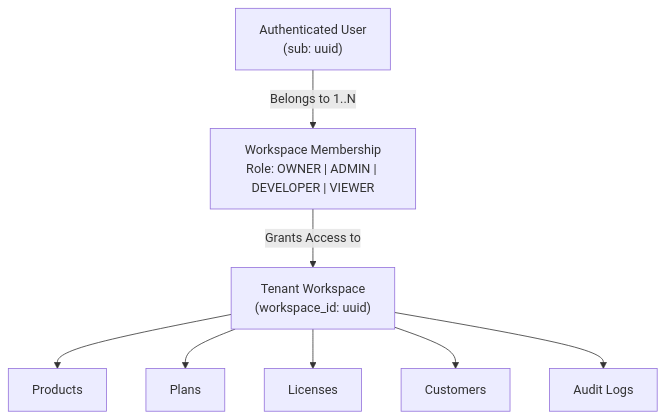
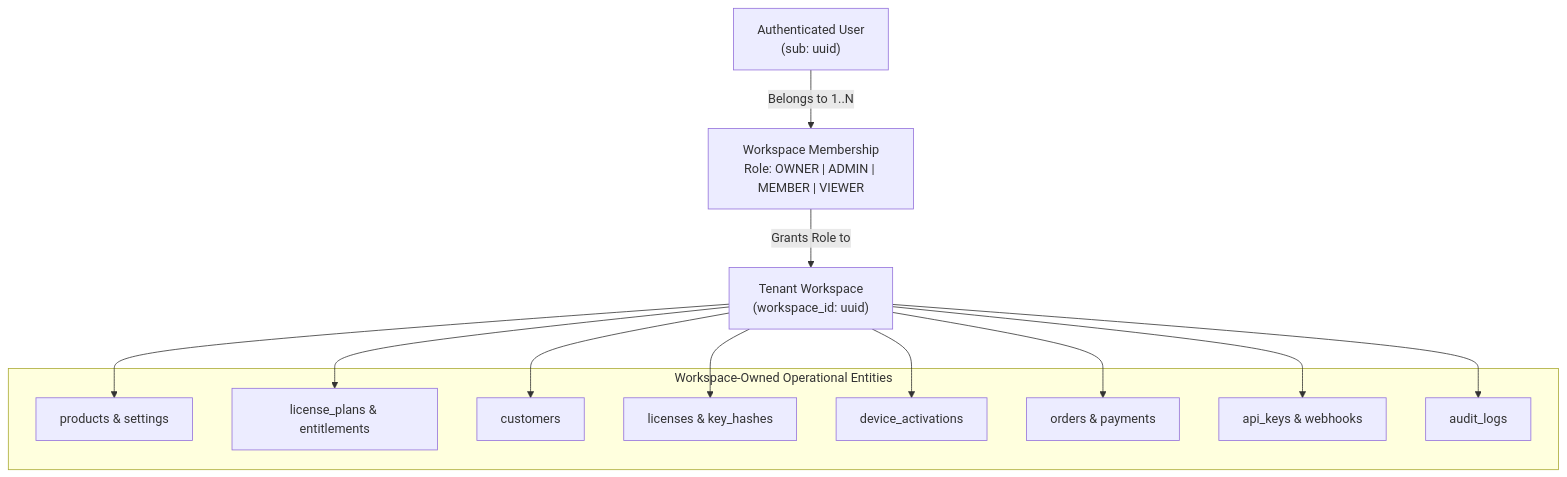
The diagram in docs/architecture/workspace-authorization.md (AayushSrivastava15/Rightfull), drawn with Mermaid before and after one commit. The commit also changed other lines of this file and 6 other files, not shown here.

Commit message:
docs(architecture): complete Step 3.3 database architecture, entity mapping, and security design

````diff
--- a/docs/architecture/workspace-authorization.md
+++ b/docs/architecture/workspace-authorization.md
@@ -10,20 +10,28 @@
 ```mermaid
 flowchart TD
     User["Authenticated User\n(sub: uuid)"]
-    Membership["Workspace Membership\nRole: OWNER | ADMIN | DEVELOPER | VIEWER"]
+    Membership["Workspace Membership\nRole: OWNER | ADMIN | MEMBER | VIEWER"]
     Workspace["Tenant Workspace\n(workspace_id: uuid)"]
     
-    Products["Products"]
-    Plans["Plans"]
-    Licenses["Licenses"]
-    Customers["Customers"]
-    Audit["Audit Logs"]
+    subgraph CoreEntities["Workspace-Owned Operational Entities"]
+        Products["products & settings"]
+        Plans["license_plans & entitlements"]
+        Customers["customers"]
+        Licenses["licenses & key_hashes"]
+        Activations["device_activations"]
+        Orders["orders & payments"]
+        DevOps["api_keys & webhooks"]
+        Audit["audit_logs"]
+    end
 
     User -->|Belongs to 1..N| Membership
-    Membership -->|Grants Access to| Workspace
+    Membership -->|Grants Role to| Workspace
     Workspace --> Products
     Workspace --> Plans
+    Workspace --> Customers
     Workspace --> Licenses
-    Workspace --> Customers
+    Workspace --> Activations
+    Workspace --> Orders
+    Workspace --> DevOps
     Workspace --> Audit
 ```
````
